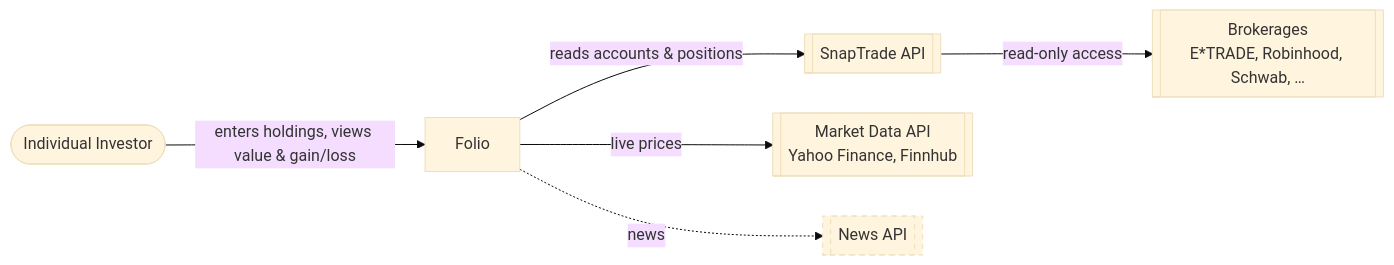
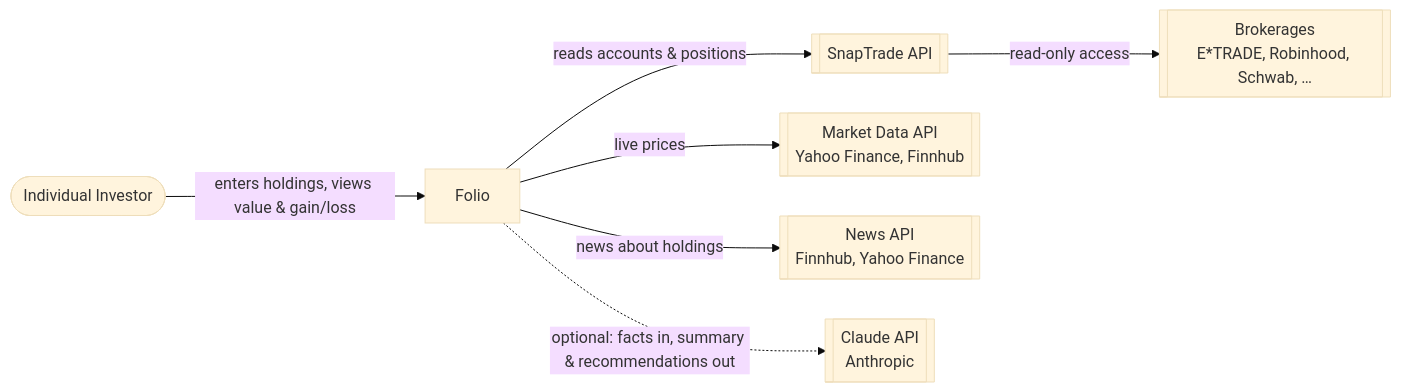
Before and after one commit to dquin144/cen5064-project-quinones: the first of 5 diagrams in README.md, drawn with Mermaid (base theme). The commit also changed other lines of this file and 19 other files, not shown here.

Commit message:
Add recommendations and news (UC4), with Claude-written advice

````diff
--- a/README.md
+++ b/README.md
@@ -109,12 +151,10 @@
 ```mermaid
 %%{init: {'flowchart': {'nodeSpacing': 40, 'rankSpacing': 60, 'curve': 'basis'}}}%%
 flowchart LR
     user([Individual Investor]) -->|enters holdings, views value & gain/loss| system[Folio]
     system -->|reads accounts & positions| snaptrade[[SnapTrade API]]
     snaptrade -->|read-only access| brokerages[[Brokerages<br/>E*TRADE, Robinhood, Schwab, …]]
     system -->|live prices| market[[Market Data API<br/>Yahoo Finance, Finnhub]]
-    system -.->|news| news[[News API]]
-
-    classDef planned stroke-dasharray: 5 5
-    class news planned
+    system -->|news about holdings| news[[News API<br/>Finnhub, Yahoo Finance]]
+    system -.->|optional: facts in, summary & recommendations out| llm[[Claude API<br/>Anthropic]]
 ```
````
